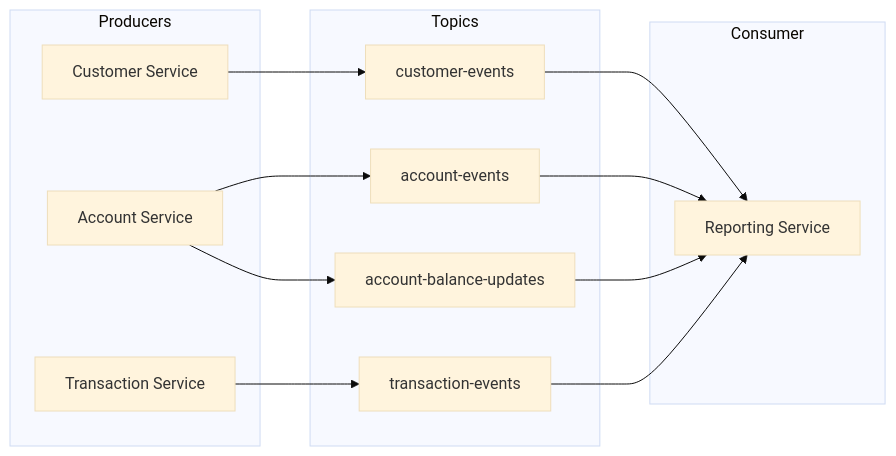
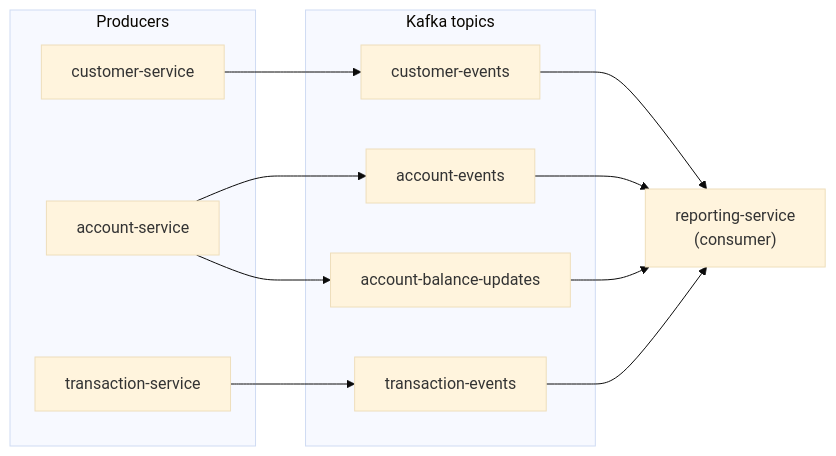
One commit to Abdelkrim7Be/E-Bank changed the second of 3 diagrams in README.md. Above: the diagram before and after it, drawn with Mermaid (base theme). The commit also changed other lines of this file and 6 other files, not shown here.

Commit message:
Rewrite README with screenshots, Kafka and architecture explainers

````diff
--- a/README.md
+++ b/README.md
@@ -128,25 +209,20 @@
 ```mermaid
 flowchart LR
-    subgraph Producers["Producers"]
-        P1[Customer Service]
-        P2[Account Service]
-        P3[Transaction Service]
+    subgraph Producers
+        P1["customer-service"]
+        P2["account-service"]
+        P3["transaction-service"]
     end
-    subgraph Topics["Topics"]
-        T1[customer-events]
-        T2[account-events]
-        T3[account-balance-updates]
-        T4[transaction-events]
+    subgraph Topics["Kafka topics"]
+        T1["customer-events"]
+        T2["account-events"]
+        T3["account-balance-updates"]
+        T4["transaction-events"]
     end
-    subgraph Consumer["Consumer"]
-        R[Reporting Service]
-    end
-    P1 --> T1
-    P2 --> T2
-    P2 --> T3
-    P3 --> T4
-    T1 --> R
-    T2 --> R
-    T3 --> R
-    T4 --> R
+    R["reporting-service<br/>(consumer)"]
+
+    P1 --> T1 --> R
+    P2 --> T2 --> R
+    P2 --> T3 --> R
+    P3 --> T4 --> R
 ```
````
